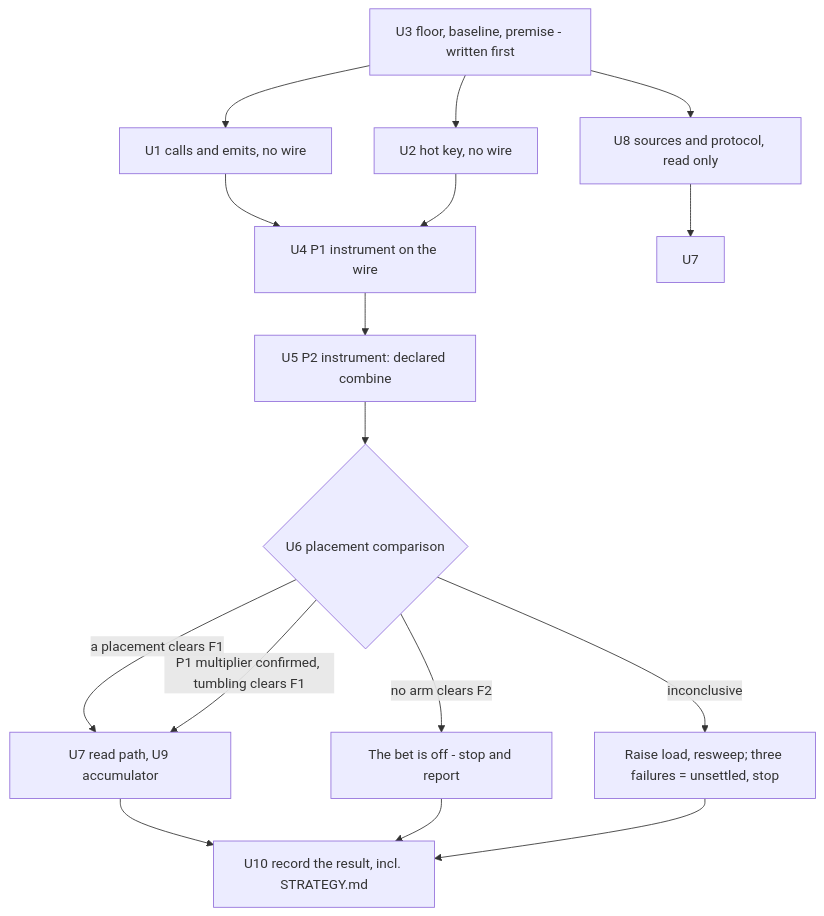
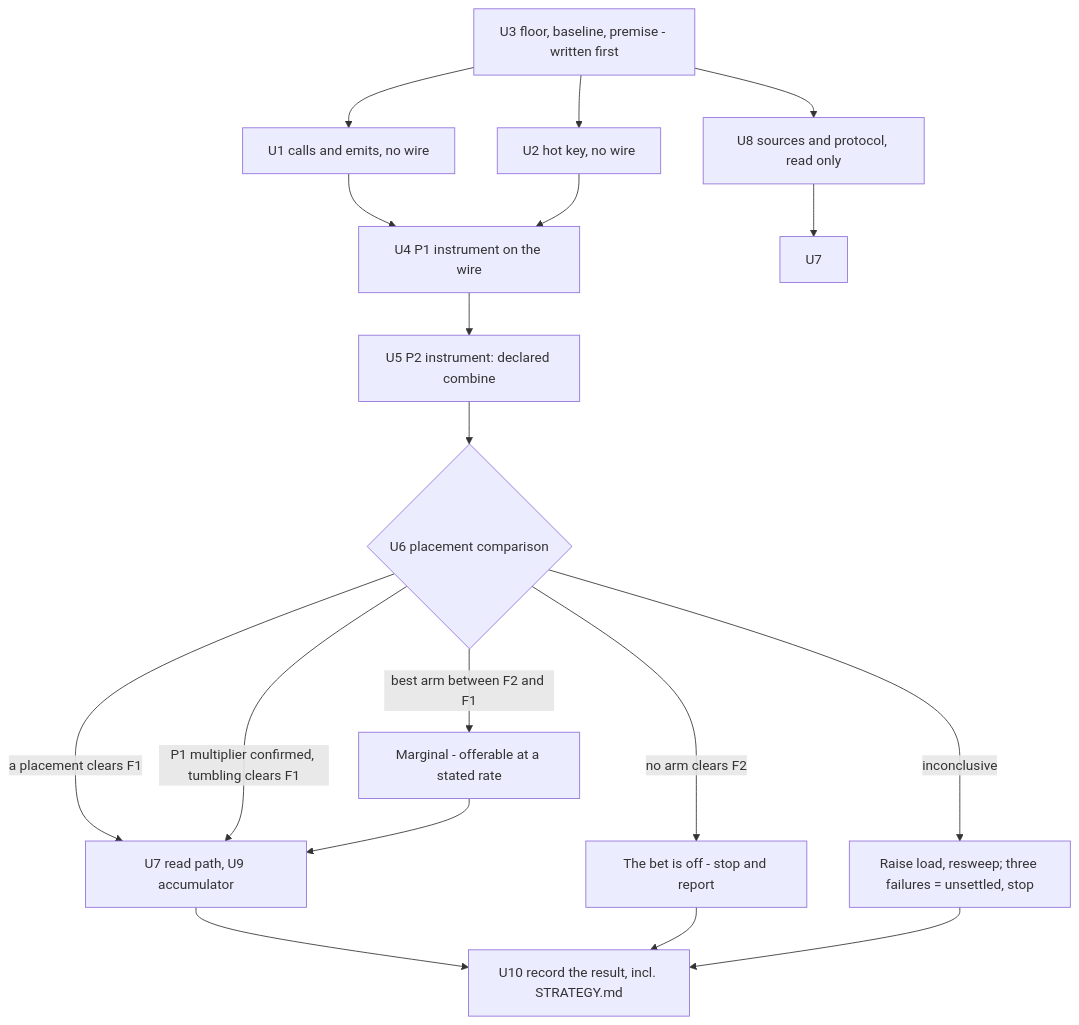
Before and after one commit to astubbs/parallel-consumer: the fourth of 4 diagrams in docs/plans/2026-08-25-001-feat-streams-windowed-aggregation-plan.md, drawn with Mermaid. The commit also changed other lines of this file, not shown here.

````diff
--- a/docs/plans/2026-08-25-001-feat-streams-windowed-aggregation-plan.md
+++ b/docs/plans/2026-08-25-001-feat-streams-windowed-aggregation-plan.md
@@ -210,18 +211,20 @@
 ```mermaid
 flowchart TB
     U3[U3 floor, baseline, premise - written first] --> U1[U1 calls and emits, no wire]
     U3 --> U2[U2 hot key, no wire]
     U3 --> U8[U8 sources and protocol, read only]
     U1 --> U4[U4 P1 instrument on the wire]
     U2 --> U4
     U4 --> U5[U5 P2 instrument: declared combine]
     U5 --> U6{U6 placement comparison}
     U6 -->|a placement clears F1| Rest[U7 read path, U9 accumulator]
     U6 -->|P1 multiplier confirmed, tumbling clears F1| Rest
+    U6 -->|best arm between F2 and F1| Marg[Marginal - offerable at a stated rate]
     U6 -->|no arm clears F2| Off[The bet is off - stop and report]
     U6 -->|inconclusive| Raise[Raise load, resweep; three failures = unsettled, stop]
     U8 --> U7
     Rest --> U10[U10 record the result, incl. STRATEGY.md]
+    Marg --> Rest
     Off --> U10
     Raise --> U10
 ```
````
